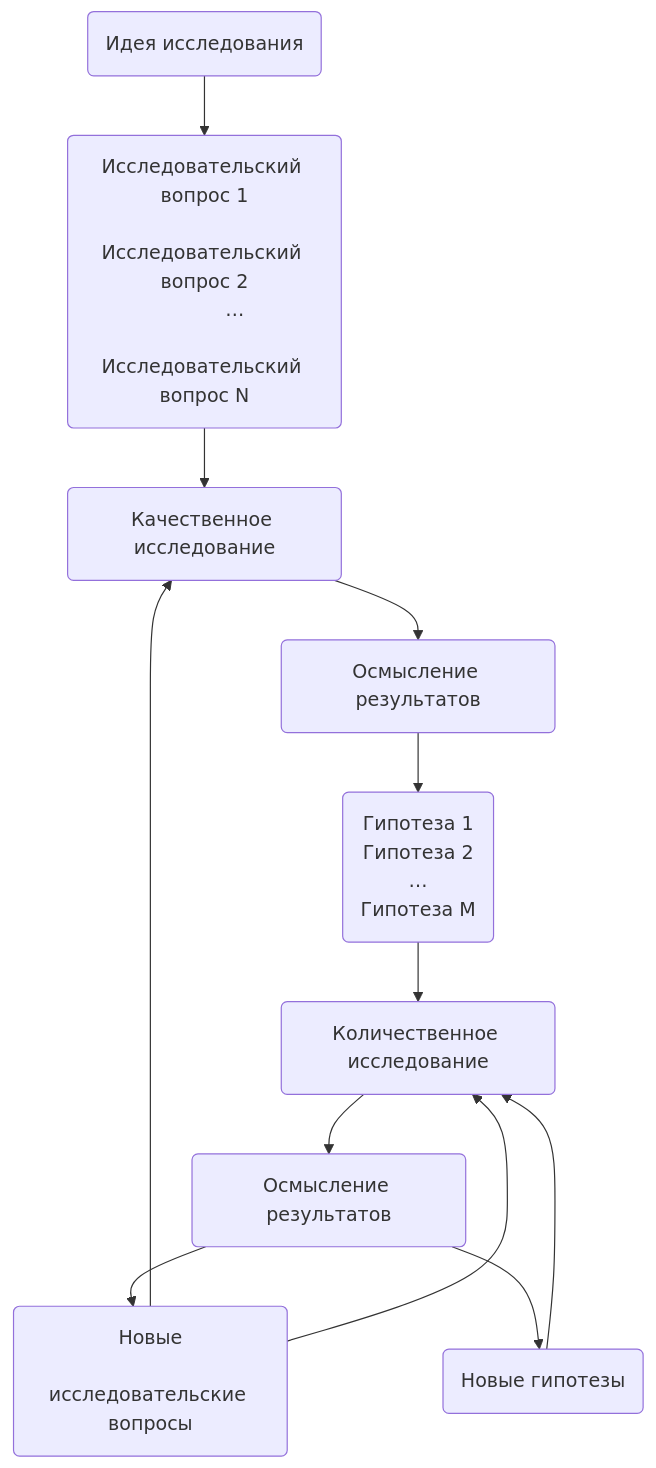
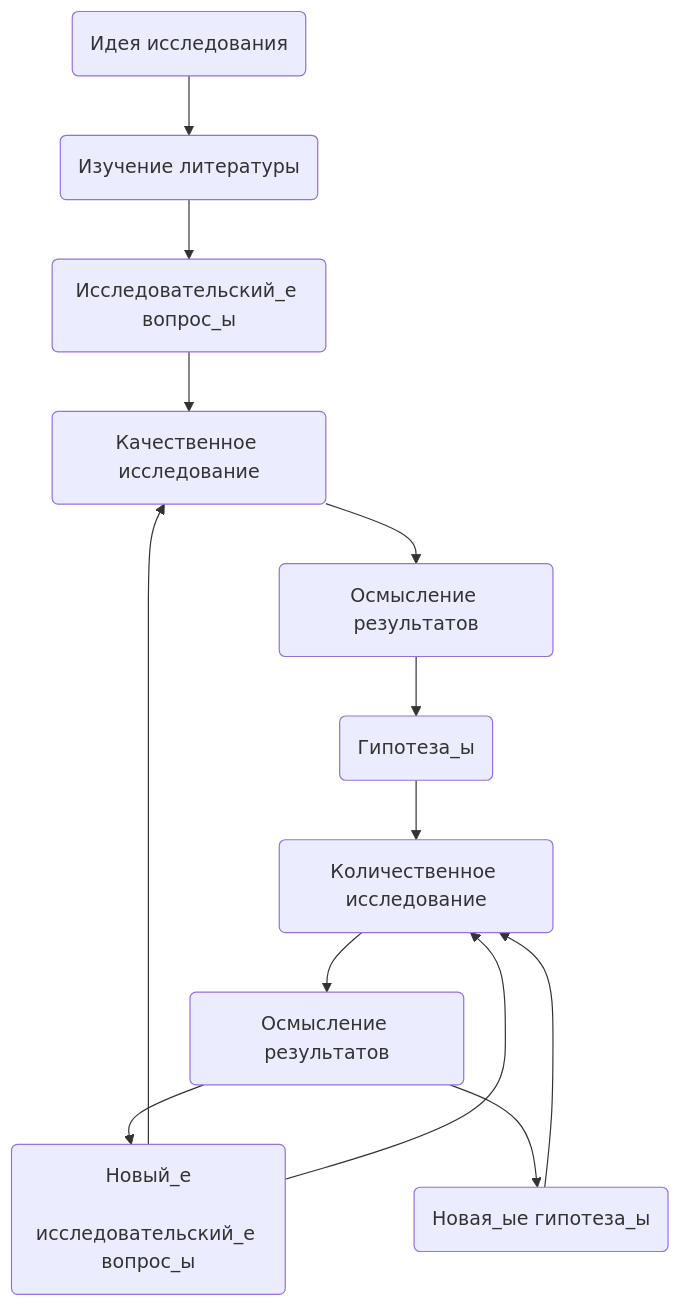
Before and after one commit to angelgardt/wlm-sdarp: the diagram in book/desc-statintro.qmd, drawn with Mermaid. The commit also changed other lines of this file and 14 other files, not shown here.

````diff
--- a/book/desc-statintro.qmd
+++ b/book/desc-statintro.qmd
@@ -61,35 +30,31 @@
 ```{mermaid}
 %%| label: fig-research-process-qq
 %%| fig-cap: Сотношение качественных и количественных исследований в исследовательском процессе
 %%| fig-align: center
 
 flowchart TD
   idea("Идея исследования")
-  resques("Исследовательский вопрос 1
-          Исследовательский вопрос 2
-          …
-          Исследовательский вопрос N")
+  literature("Изучение литературы")
+  resques("Исследовательский_е вопрос_ы")
   qualres("Качественное исследование")
-  hyps("Гипотеза 1
-        Гипотеза 2
-        …
-        Гипотеза M")
+  hyps("Гипотеза_ы")
   quanres("Количественное исследование")
   results1("Осмысление результатов")
   results2("Осмысление результатов")
-  newresq("Новые
-          исследовательские вопросы")
-  newhyp("Новые гипотезы")
+  newresq("Новый_е
+          исследовательский_е вопрос_ы")
+  newhyp("Новая_ые гипотеза_ы")
   
-  idea --> resques
+  idea --> literature
+  literature --> resques
   resques --> qualres
   qualres --> results1
   results1 --> hyps
   hyps --> quanres
   quanres --> results2
   results2 --> newresq
   results2 --> newhyp
   newresq --> qualres
   newresq --> quanres
   newhyp --> quanres
 ```
````
